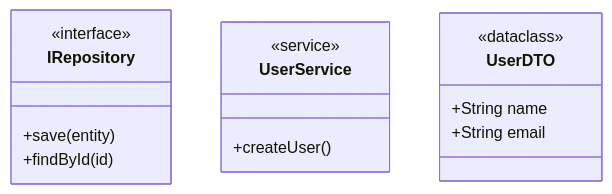
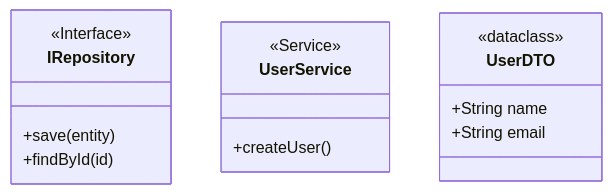
Diagram 11 of 21 in mermaid-diagrams-expert/references/class-diagrams.md (D1ZZY4/agent-skills), drawn with Mermaid before and after one commit. The commit also changed other lines of this file and 9 other files, not shown here.

First line of the commit message:
docs(mermaid-diagrams-expert): modernize references against v12 docs

````diff
--- a/mermaid-diagrams-expert/references/class-diagrams.md
+++ b/mermaid-diagrams-expert/references/class-diagrams.md
@@ -135,19 +142,19 @@
 ```mermaid
 classDiagram
     class IRepository {
-        <<interface>>
+        <<Interface>>
         +save(entity)
         +findById(id)
     }
     
     class UserService {
-        <<service>>
+        <<Service>>
         +createUser()
     }
     
     class UserDTO {
         <<dataclass>>
         +String name
         +String email
     }
 ```
````
